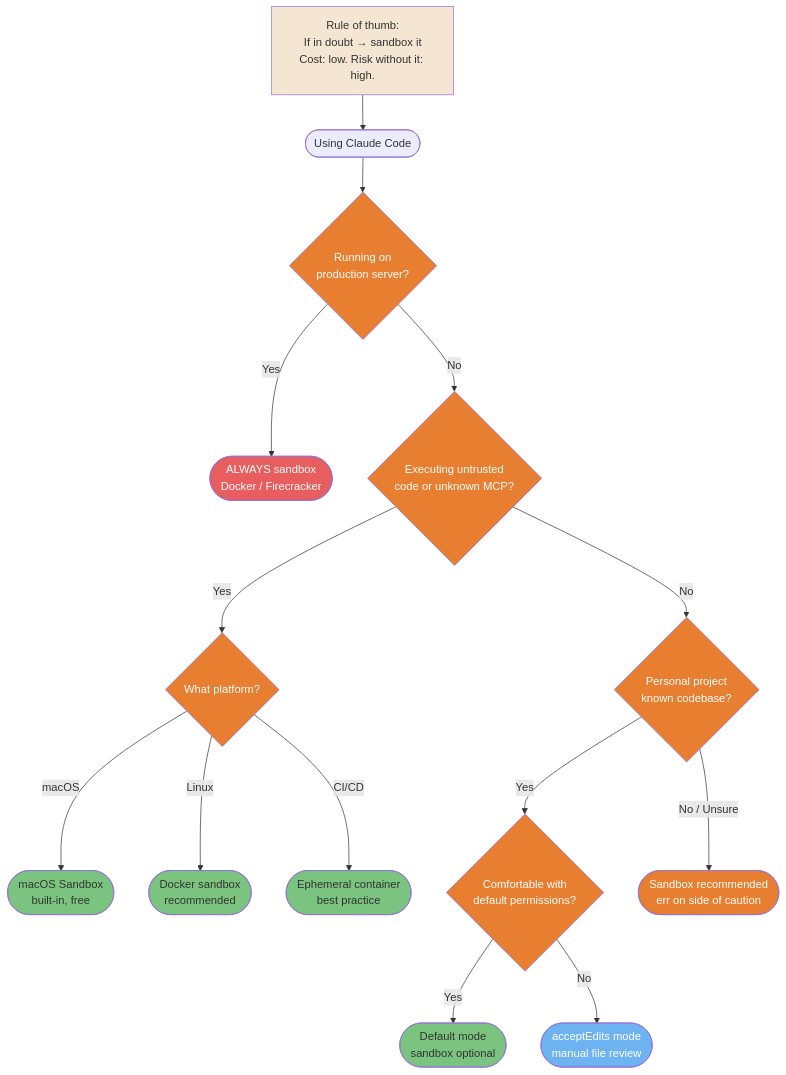
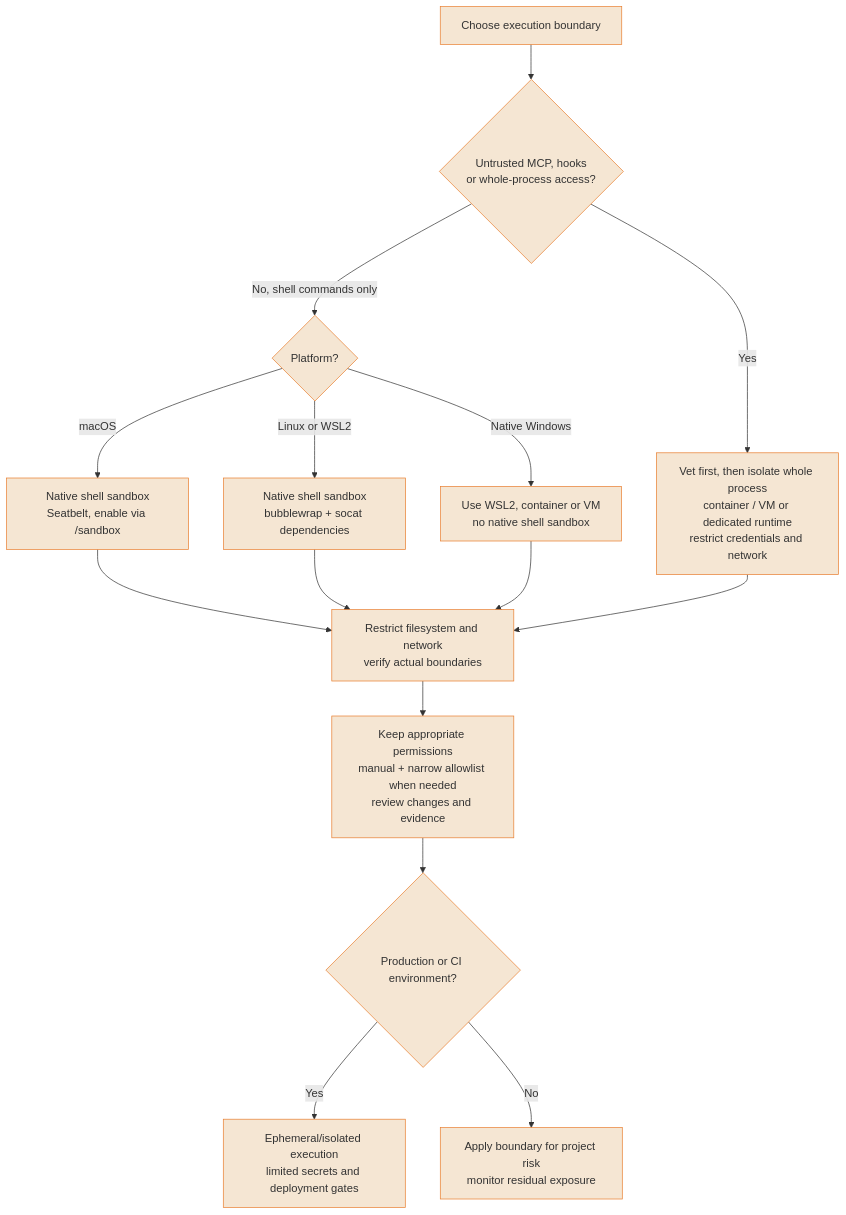
Before and after one commit to FlorianBruniaux/claude-code-ultimate-guide: the second of 4 diagrams in guide/diagrams/08-security-and-production.md, drawn with Mermaid. The commit also changed other lines of this file and 17 other files, not shown here.

Commit message:
docs: refresh all diagrams and correct their source guidance

````diff
--- a/guide/diagrams/08-security-and-production.md
+++ b/guide/diagrams/08-security-and-production.md
@@ -99,49 +79,30 @@
 ```mermaid
 flowchart TD
-    A([Using Claude Code]) --> B{Running on<br/>production server?}
-    B -->|Yes| C([ALWAYS sandbox<br/>Docker / Firecracker])
-    B -->|No| D{Executing untrusted<br/>code or unknown MCP?}
-
-    D -->|Yes| E{What platform?}
-    E -->|macOS| F([macOS Sandbox<br/>built-in, free])
-    E -->|Linux| G([Docker sandbox<br/>recommended])
-    E -->|CI/CD| H([Ephemeral container<br/>best practice])
-
-    D -->|No| I{Personal project<br/>known codebase?}
-    I -->|Yes| J{Comfortable with<br/>default permissions?}
-    J -->|Yes| K([Default mode<br/>sandbox optional])
-    J -->|No| L([acceptEdits mode<br/>manual file review])
-
-    I -->|No / Unsure| M([Sandbox recommended<br/>err on side of caution])
-
-    NOTE["Rule of thumb:<br/>If in doubt → sandbox it<br/>Cost: low. Risk without it: high."] --> A
-
-    style C fill:#E85D5D,color:#fff
-    style F fill:#7BC47F,color:#333
-    style G fill:#7BC47F,color:#333
-    style H fill:#7BC47F,color:#333
-    style K fill:#7BC47F,color:#333
-    style L fill:#6DB3F2,color:#fff
-    style M fill:#E87E2F,color:#fff
-    style B fill:#E87E2F,color:#fff
-    style D fill:#E87E2F,color:#fff
-    style E fill:#E87E2F,color:#fff
-    style I fill:#E87E2F,color:#fff
-    style J fill:#E87E2F,color:#fff
-    style NOTE fill:#F5E6D3,color:#333
-
-    click A href "https://github.com/FlorianBruniaux/claude-code-ultimate-guide/blob/main/guide/security/sandbox-native.md" "Using Claude Code"
-    click B href "https://github.com/FlorianBruniaux/claude-code-ultimate-guide/blob/main/guide/security/sandbox-native.md" "Running on production server?"
-    click C href "https://github.com/FlorianBruniaux/claude-code-ultimate-guide/blob/main/guide/security/sandbox-native.md" "ALWAYS sandbox"
-    click D href "https://github.com/FlorianBruniaux/claude-code-ultimate-guide/blob/main/guide/security/sandbox-native.md" "Executing untrusted code?"
-    click E href "https://github.com/FlorianBruniaux/claude-code-ultimate-guide/blob/main/guide/security/sandbox-native.md" "What platform?"
-    click F href "https://github.com/FlorianBruniaux/claude-code-ultimate-guide/blob/main/guide/security/sandbox-native.md" "macOS Sandbox"
-    click G href "https://github.com/FlorianBruniaux/claude-code-ultimate-guide/blob/main/guide/security/sandbox-native.md" "Docker sandbox"
-    click H href "https://github.com/FlorianBruniaux/claude-code-ultimate-guide/blob/main/guide/security/sandbox-native.md" "Ephemeral container"
-    click I href "https://github.com/FlorianBruniaux/claude-code-ultimate-guide/blob/main/guide/security/sandbox-native.md" "Personal project?"
-    click J href "https://github.com/FlorianBruniaux/claude-code-ultimate-guide/blob/main/guide/security/sandbox-native.md" "Comfortable with defaults?"
-    click K href "https://github.com/FlorianBruniaux/claude-code-ultimate-guide/blob/main/guide/security/sandbox-native.md" "Default mode"
-    click L href "https://github.com/FlorianBruniaux/claude-code-ultimate-guide/blob/main/guide/security/sandbox-native.md" "acceptEdits mode"
-    click M href "https://github.com/FlorianBruniaux/claude-code-ultimate-guide/blob/main/guide/security/sandbox-native.md" "Sandbox recommended"
-    click NOTE href "https://github.com/FlorianBruniaux/claude-code-ultimate-guide/blob/main/guide/security/sandbox-native.md" "Rule of thumb"
+    START["Choose execution boundary"] --> PROCESS{"Untrusted MCP, hooks<br/>or whole-process access?"}
+    PROCESS -->|Yes| WHOLE["Vet first, then isolate whole process<br/>container / VM or dedicated runtime<br/>restrict credentials and network"]
+    PROCESS -->|No, shell commands only| PLATFORM{"Platform?"}
+    PLATFORM -->|macOS| MAC["Native shell sandbox<br/>Seatbelt, enable via /sandbox"]
+    PLATFORM -->|Linux or WSL2| LINUX["Native shell sandbox<br/>bubblewrap + socat dependencies"]
+    PLATFORM -->|Native Windows| WIN["Use WSL2, container or VM<br/>no native shell sandbox"]
+    MAC --> CONFIG["Restrict filesystem and network<br/>verify actual boundaries"]
+    LINUX --> CONFIG
+    WIN --> CONFIG
+    WHOLE --> CONFIG
+    CONFIG --> PERM["Keep appropriate permissions<br/>manual + narrow allowlist when needed<br/>review changes and evidence"]
+    PERM --> PROD{"Production or CI environment?"}
+    PROD -->|Yes| CI["Ephemeral/isolated execution<br/>limited secrets and deployment gates"]
+    PROD -->|No| LOCAL["Apply boundary for project risk<br/>monitor residual exposure"]
+    classDef default fill:#F5E6D3,color:#333,stroke:#E87E2F
+    click START href "https://github.com/FlorianBruniaux/claude-code-ultimate-guide/blob/main/guide/security/sandbox-native.md" "View this pattern in the guide"
+    click PROCESS href "https://github.com/FlorianBruniaux/claude-code-ultimate-guide/blob/main/guide/security/sandbox-native.md" "View this pattern in the guide"
+    click WHOLE href "https://github.com/FlorianBruniaux/claude-code-ultimate-guide/blob/main/guide/security/sandbox-native.md" "View this pattern in the guide"
+    click PLATFORM href "https://github.com/FlorianBruniaux/claude-code-ultimate-guide/blob/main/guide/security/sandbox-native.md" "View this pattern in the guide"
+    click MAC href "https://github.com/FlorianBruniaux/claude-code-ultimate-guide/blob/main/guide/security/sandbox-native.md" "View this pattern in the guide"
+    click LINUX href "https://github.com/FlorianBruniaux/claude-code-ultimate-guide/blob/main/guide/security/sandbox-native.md" "View this pattern in the guide"
+    click WIN href "https://github.com/FlorianBruniaux/claude-code-ultimate-guide/blob/main/guide/security/sandbox-native.md" "View this pattern in the guide"
+    click CONFIG href "https://github.com/FlorianBruniaux/claude-code-ultimate-guide/blob/main/guide/security/sandbox-native.md" "View this pattern in the guide"
+    click PERM href "https://github.com/FlorianBruniaux/claude-code-ultimate-guide/blob/main/guide/security/sandbox-native.md" "View this pattern in the guide"
+    click PROD href "https://github.com/FlorianBruniaux/claude-code-ultimate-guide/blob/main/guide/security/sandbox-native.md" "View this pattern in the guide"
+    click CI href "https://github.com/FlorianBruniaux/claude-code-ultimate-guide/blob/main/guide/security/sandbox-native.md" "View this pattern in the guide"
+    click LOCAL href "https://github.com/FlorianBruniaux/claude-code-ultimate-guide/blob/main/guide/security/sandbox-native.md" "View this pattern in the guide"
 ```
````
